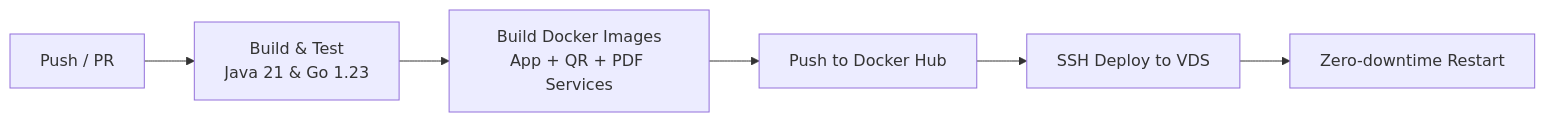
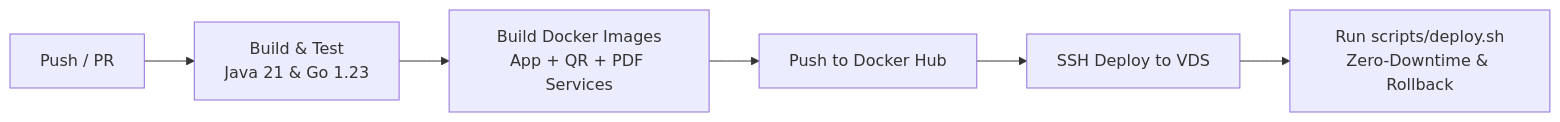
One commit to AndreyJVM/portfolio-service changed the second of 2 diagrams in README.md. Above: the diagram before and after it, drawn with Mermaid. The commit also changed other lines of this file and 3 other files, not shown here.

Commit message:
refactor(ci-cd): extract zero-downtime deploy logic into scripts/deploy.sh with auto-rollback

````diff
--- a/README.md
+++ b/README.md
@@ -277,8 +280,8 @@
 ```mermaid
 flowchart LR
     A[Push / PR] --> B[Build & Test<br/>Java 21 & Go 1.23]
     B --> C[Build Docker Images<br/>App + QR + PDF Services]
     C --> D[Push to Docker Hub]
     D --> E[SSH Deploy to VDS]
-    E --> F[Zero-downtime Restart]
+    E --> F[Run scripts/deploy.sh<br/>Zero-Downtime & Rollback]
 ```
````
